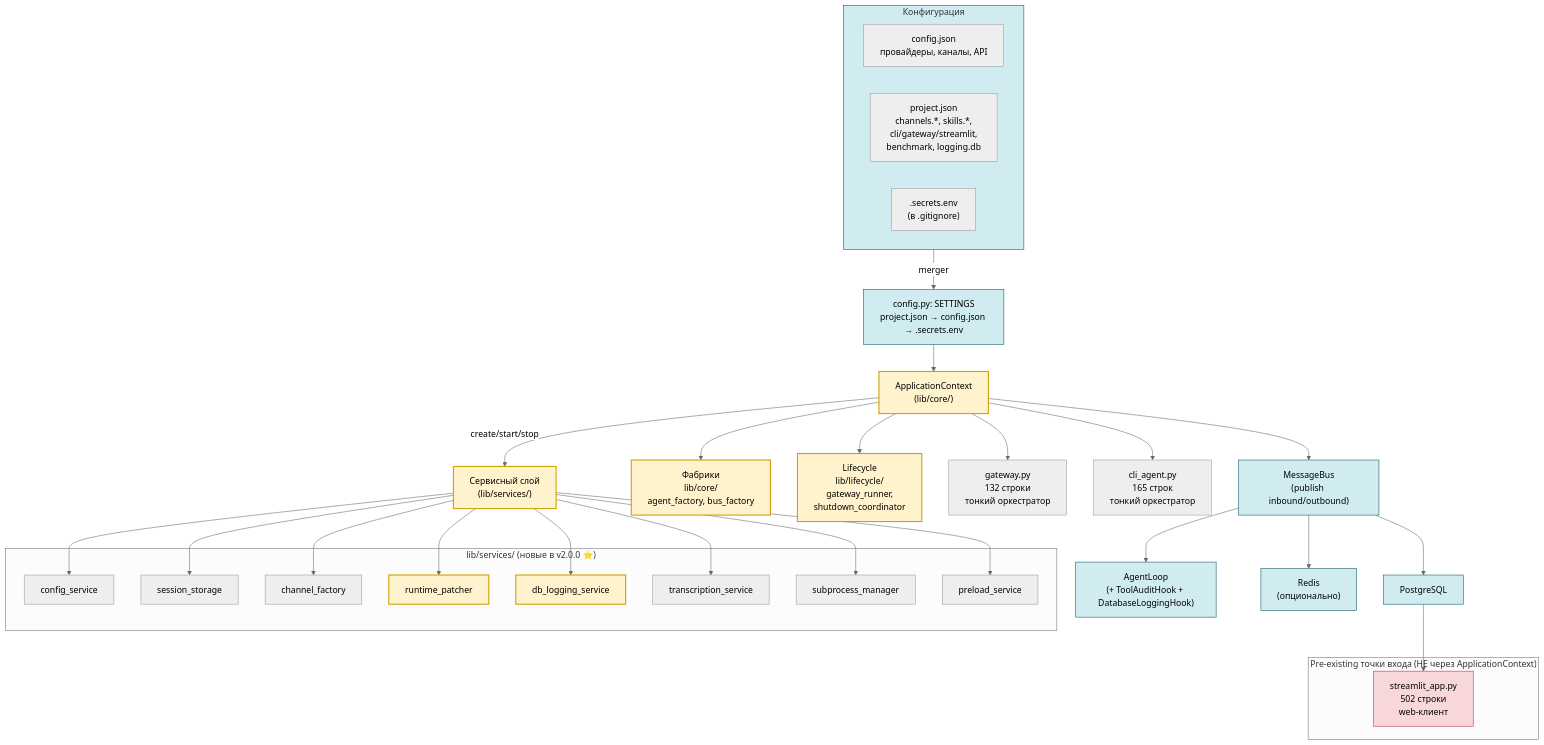
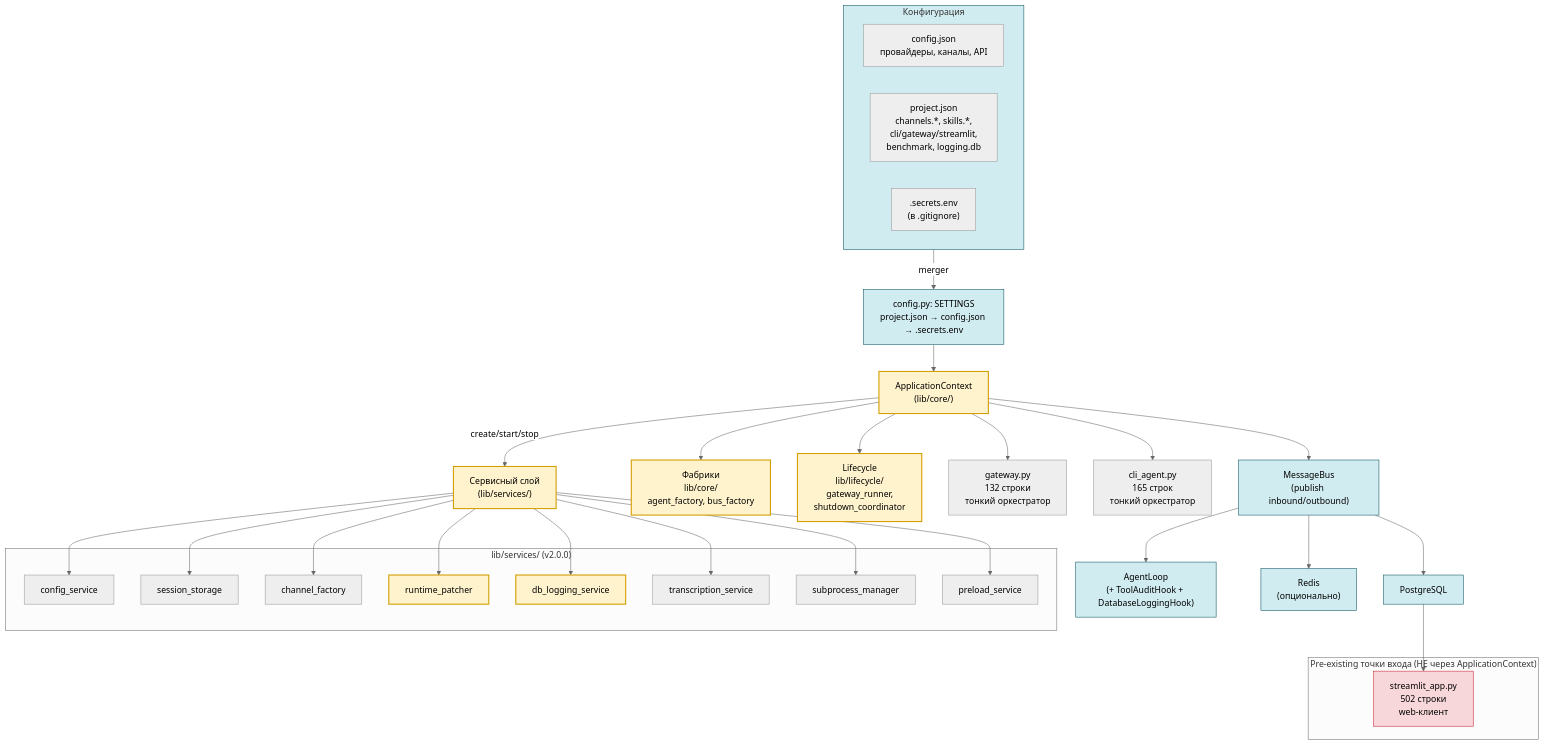
The diagram in README.md (AlexEgorov85/workspaces_nanobot), drawn with Mermaid (neutral theme) before and after one commit. The commit also changed other lines of this file, not shown here.

Commit message:
docs(README): исправить mermaid-диаграмму, нумерацию разделов, ссылку на Skills, лицензию

````diff
--- a/README.md
+++ b/README.md
@@ -87,64 +87,64 @@
 ```mermaid
 flowchart TB
     %% Конфигурация
     subgraph CFG["Конфигурация"]
         CONFIG["config.json<br/>провайдеры, каналы, API"]
         PROJECT["project.json<br/>channels.*, skills.*,<br/>cli/gateway/streamlit,<br/>benchmark, logging.db"]
         SECRETS[".secrets.env<br/>(в .gitignore)"]
     end
 
     %% SETTINGS
     CFG -->|"merger"| SETTINGS["config.py: SETTINGS<br/>project.json → config.json → .secrets.env"]
 
     %% Bootstrap
     SETTINGS --> CTX["ApplicationContext<br/>(lib/core/)"]
     CTX -->|"create/start/stop"| SVC["Сервисный слой<br/>(lib/services/)"]
     CTX --> CORE["Фабрики<br/>lib/core/<br/>agent_factory, bus_factory"]
     CTX --> LIFE["Lifecycle<br/>lib/lifecycle/<br/>gateway_runner,<br/>shutdown_coordinator"]
 
     %% Сервисы
-    subgraph SERVICES["lib/services/ (новые в v2.0.0 ⭐)"]
+    subgraph SERVICES["lib/services/ (v2.0.0)"]
         CFG_SVC["config_service"]
         SESS_SVC["session_storage"]
         CHAN_SVC["channel_factory"]
         PATCHER["runtime_patcher"]
         LOG_SVC["db_logging_service"]
         TRANS_SVC["transcription_service"]
         SUB_SVC["subprocess_manager"]
         PRELOAD["preload_service"]
     end
 
     SVC --> CFG_SVC & SESS_SVC & CHAN_SVC & PATCHER & LOG_SVC & TRANS_SVC & SUB_SVC & PRELOAD
 
     %% Точки входа
     GATEWAY["gateway.py<br/>132 строки<br/>тонкий оркестратор"]
     CLI["cli_agent.py<br/>165 строк<br/>тонкий оркестратор"]
     CTX --> GATEWAY
     CTX --> CLI
 
     %% Шина
     BUS["MessageBus<br/>(publish inbound/outbound)"]
     CTX --> BUS
     BUS --> AGENT["AgentLoop<br/>(+ ToolAuditHook + DatabaseLoggingHook)"]
 
     %% Pre-existing (не через ApplicationContext)
     subgraph LEGACY["Pre-existing точки входа (НЕ через ApplicationContext)"]
         STREAMLIT["streamlit_app.py<br/>502 строки<br/>web-клиент"]
     end
 
     %% Каналы
     PG["PostgreSQL"]
     REDIS["Redis<br/>(опционально)"]
     BUS --> PG
     BUS --> REDIS
     PG --> STREAMLIT
 
     %% Стили
     classDef v2 fill:#fff3cd,stroke:#d39e00,stroke-width:2px
     classDef legacy fill:#f8d7da,stroke:#c82333
     classDef infra fill:#d1ecf1,stroke:#0c5460
 
-    class CTX,CORE,LIFE,SVC,CORE,LOG_SVC,PATCHER v2
-    class PGWORKER,STREAMLIT legacy
+    class CTX,CORE,LIFE,SVC,LOG_SVC,PATCHER v2
+    class STREAMLIT legacy
     class CFG,SETTINGS,BUS,PG,REDIS,AGENT infra
 ```
````
